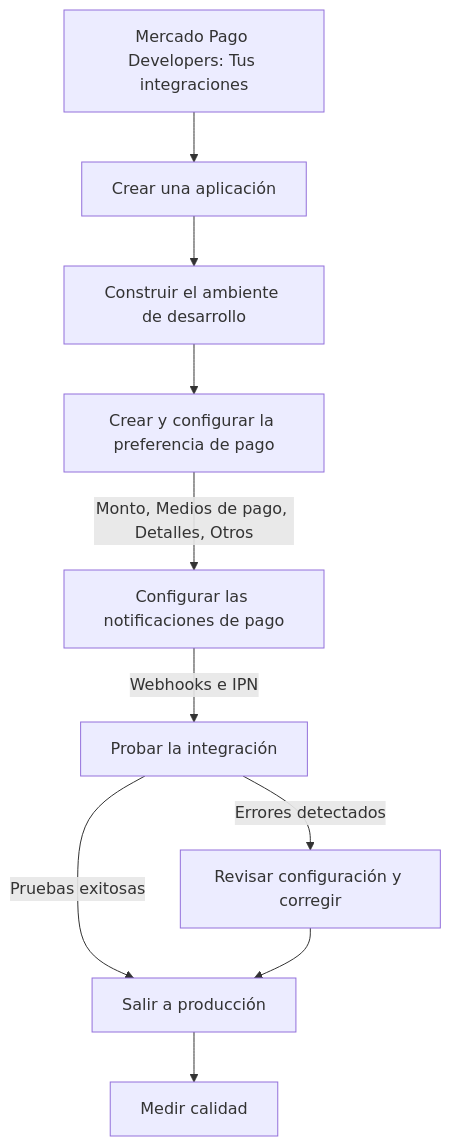
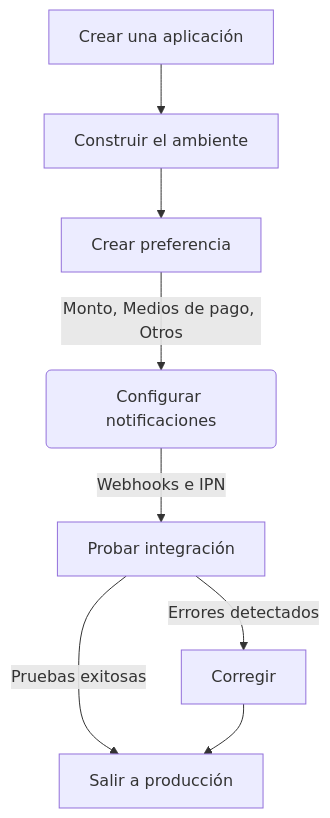
Before and after one commit to 22Neves/devsite-docs: the diagram in guides/checkout-pro/overview.pt.md, drawn with Mermaid. The commit also changed other lines of this file, not shown here.

```diff
--- a/guides/checkout-pro/overview.pt.md
+++ b/guides/checkout-pro/overview.pt.md
@@ -143,12 +124,10 @@
 <pre class="mermaid">
 flowchart TD
-    A["Mercado Pago Developers: Tus integraciones"] --> B["Crear una aplicación"]
-    B --> C["Construir el ambiente de desarrollo"]
-    C --> D["Crear y configurar la preferencia de pago"]
-    D -- Monto, Medios de pago, Detalles, Otros --> F["Configurar las notificaciones de pago"]
-    F -- Webhooks e IPN --> E["Probar la integración"]
+    A["Crear una aplicación"] --> B["Construir el ambiente"]
+    B --> D["Crear preferencia"]
+    D -- Monto, Medios de pago, Otros --> F("Configurar notificaciones")
+    F -- Webhooks e IPN --> E["Probar integración"]
     E -- Pruebas exitosas --> H["Salir a producción"]
-    E -- Errores detectados --> I["Revisar configuración y corregir"]
+    E -- Errores detectados --> I["Corregir"]
     I --> H
-    H --> J["Medir calidad"]
 </pre>
```
